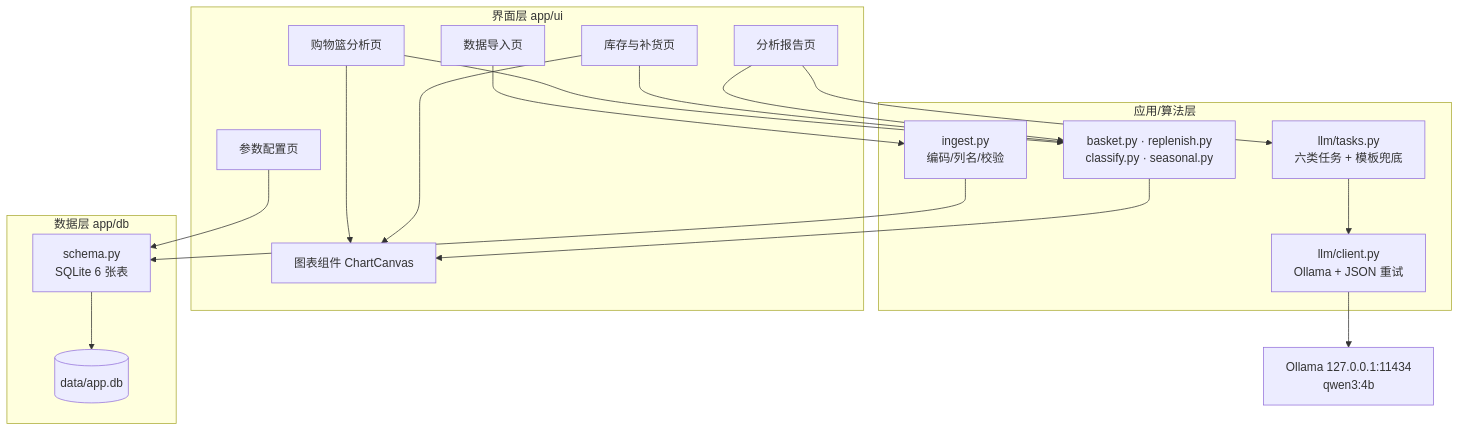
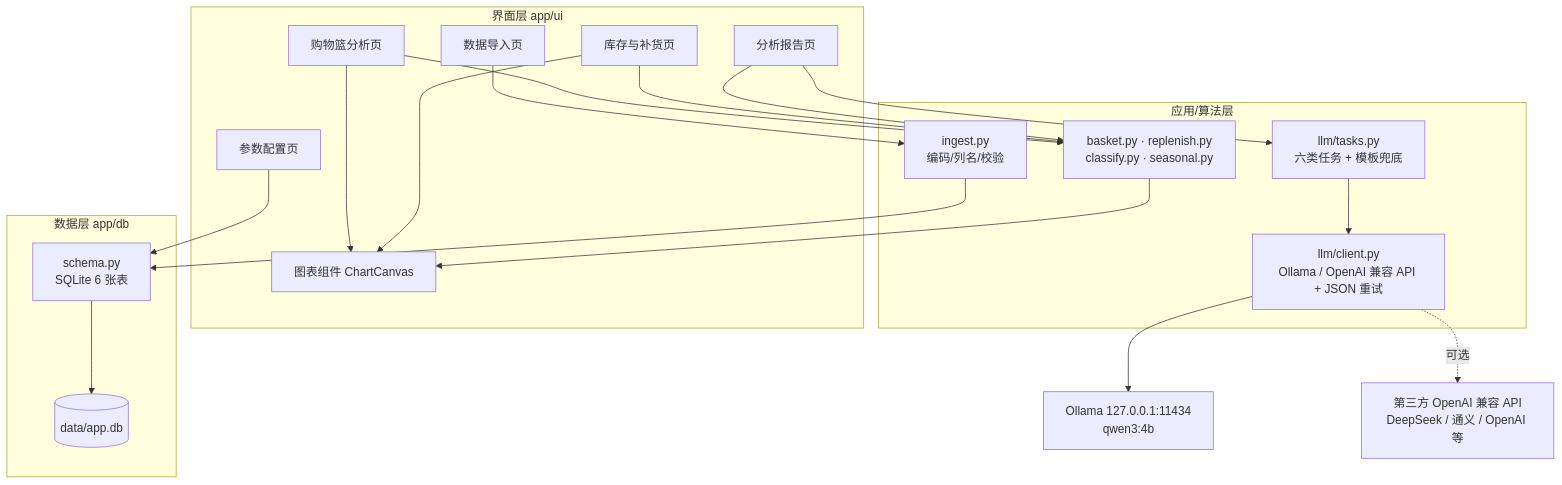
One commit to SBTstudio/Intelligent_Warehousing changed the first of 2 diagrams in docs/概要设计.md. Above: the diagram before and after it, drawn with Mermaid. The commit also changed other lines of this file and 23 other files, not shown here.

First line of the commit message:
feat: 支持第三方 OpenAI 兼容 API（v1.0.2）

````diff
--- a/docs/概要设计.md
+++ b/docs/概要设计.md
@@ -14,36 +14,39 @@
 ```mermaid
 flowchart TB
     subgraph UI["界面层 app/ui"]
         Import["数据导入页"]
         Basket["购物篮分析页"]
         Replenish["库存与补货页"]
         Report["分析报告页"]
         Settings["参数配置页"]
         Charts["图表组件 ChartCanvas"]
     end
 
     subgraph App["应用/算法层"]
         Ingest["ingest.py<br/>编码/列名/校验"]
         Core["basket.py · replenish.py<br/>classify.py · seasonal.py"]
         Tasks["llm/tasks.py<br/>六类任务 + 模板兜底"]
-        Client["llm/client.py<br/>Ollama + JSON 重试"]
+        Client["llm/client.py<br/>Ollama / OpenAI 兼容 API + JSON 重试"]
     end
 
     subgraph Data["数据层 app/db"]
         Schema["schema.py<br/>SQLite 6 张表"]
         DB[(data/app.db)]
     end
 
     Ollama["Ollama 127.0.0.1:11434<br/>qwen3:4b"]
+    ThirdAPI["第三方 OpenAI 兼容 API<br/>DeepSeek / 通义 / OpenAI 等"]
 
     Import --> Ingest --> Schema
     Basket --> Core
     Replenish --> Core
     Report --> Core
-    Report --> Tasks --> Client --> Ollama
+    Report --> Tasks --> Client
+    Client --> Ollama
+    Client -. 可选 .-> ThirdAPI
     Settings --> Schema
     Schema --> DB
     Core --> Charts
     Basket --> Charts
     Replenish --> Charts
 ```
````
